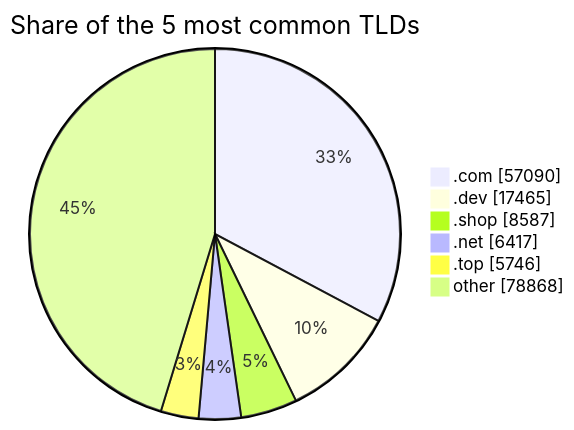
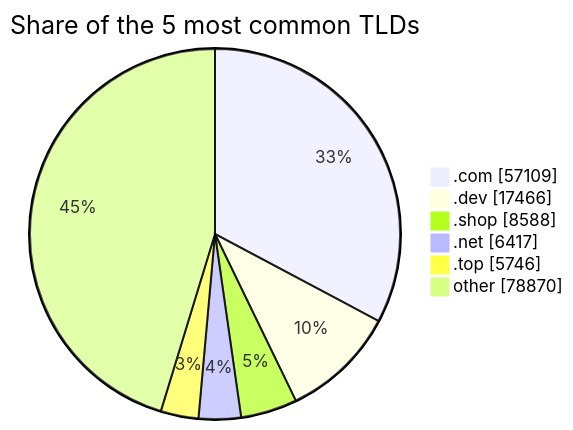
Before and after one commit to DNSBunker/CTI: the third of 3 diagrams in README.md, drawn with Mermaid. The commit also changed other lines of this file and 3 other files, not shown here.

````diff
--- a/README.md
+++ b/README.md
@@ -81,9 +81,9 @@
 ```mermaid
 pie showData title Share of the 5 most common TLDs
-    ".com" : 57090
-    ".dev" : 17465
-    ".shop" : 8587
+    ".com" : 57109
+    ".dev" : 17466
+    ".shop" : 8588
     ".net" : 6417
     ".top" : 5746
-    "other" : 78868
+    "other" : 78870
 ```
````
